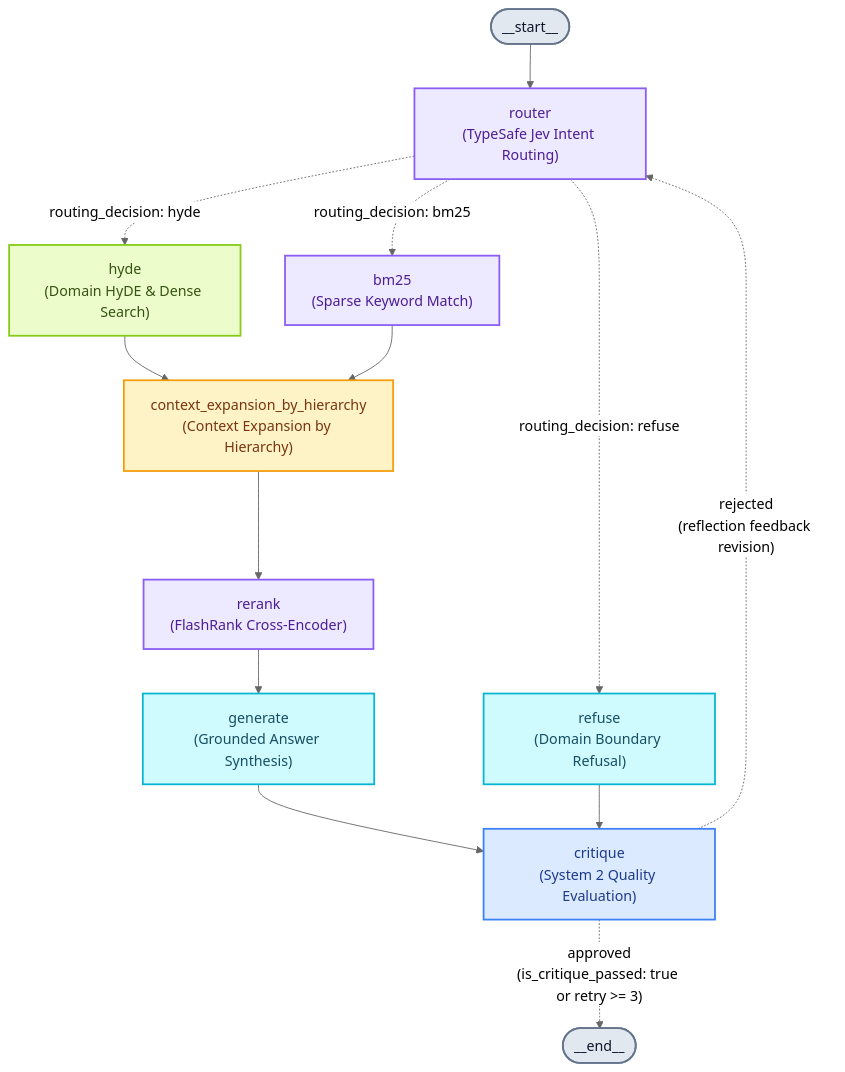
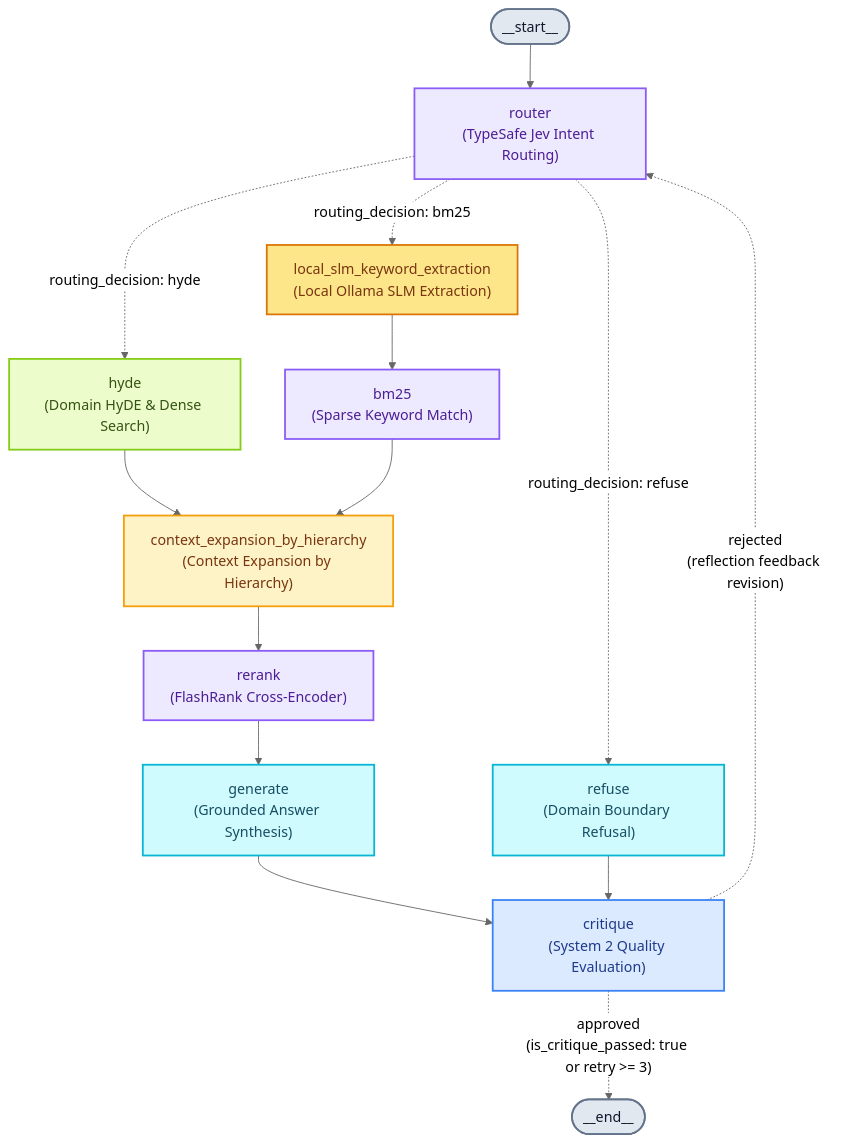
Before and after one commit to boycececil666gmailcom/documentation-chatbot: the second of 2 diagrams in README.md, drawn with Mermaid. The commit also changed other lines of this file and 3 other files, not shown here.

Commit message:
feat: implement agent flow with routing, retrieval nodes, and graph workflow

````diff
--- a/README.md
+++ b/README.md
@@ -71,43 +71,46 @@
 ```mermaid
 ---
 config:
   theme: neutral
 ---
 flowchart TB
     Start(["__start__"]) --> Router["router<br/>(TypeSafe Jev Intent Routing)"]
 
     Router -.->|"routing_decision: hyde"| Hyde["hyde<br/>(Domain HyDE & Dense Search)"]
-    Router -.->|"routing_decision: bm25"| BM25["bm25<br/>(Sparse Keyword Match)"]
+    Router -.->|"routing_decision: bm25"| LocalSLM["local_slm_keyword_extraction<br/>(Local Ollama SLM Extraction)"]
     Router -.->|"routing_decision: refuse"| Refuse["refuse<br/>(Domain Boundary Refusal)"]
 
+    LocalSLM --> BM25["bm25<br/>(Sparse Keyword Match)"]
     Hyde --> ContextExpansion["context_expansion_by_hierarchy<br/>(Context Expansion by Hierarchy)"]
     BM25 --> ContextExpansion
 
     ContextExpansion --> Rerank["rerank<br/>(FlashRank Cross-Encoder)"]
     Rerank --> Generate["generate<br/>(Grounded Answer Synthesis)"]
     Generate --> Critique["critique<br/>(System 2 Quality Evaluation)"]
     Refuse --> Critique
 
     Critique -.->|"approved<br/>(is_critique_passed: true or retry >= 3)"| End(["__end__"])
     Critique -.->|"rejected<br/>(reflection feedback revision)"| Router
 
     classDef startEnd fill:#E2E8F0,stroke:#64748B,stroke-width:2px,color:#0F172A;
     classDef routerNode fill:#EDE9FE,stroke:#8B5CF6,stroke-width:2px,color:#4C1D95;
+    classDef slmNode fill:#FDE68A,stroke:#D97706,stroke-width:2px,color:#78350F;
     classDef hydeNode fill:#ECFCCB,stroke:#84CC16,stroke-width:2px,color:#365314;
     classDef bm25Node fill:#EDE9FE,stroke:#8B5CF6,stroke-width:2px,color:#4C1D95;
     classDef refuseNode fill:#CFFAFE,stroke:#06B6D4,stroke-width:2px,color:#164E63;
     classDef contextExpansionNode fill:#FEF3C7,stroke:#F59E0B,stroke-width:2px,color:#78350F;
     classDef rerankNode fill:#EDE9FE,stroke:#8B5CF6,stroke-width:2px,color:#4C1D95;
     classDef generateNode fill:#CFFAFE,stroke:#06B6D4,stroke-width:2px,color:#164E63;
     classDef critiqueNode fill:#DBEAFE,stroke:#3B82F6,stroke-width:2px,color:#1E3A8A;
 
     class Start,End startEnd;
     class Router routerNode;
+    class LocalSLM slmNode;
     class Hyde hydeNode;
     class BM25 bm25Node;
     class Refuse refuseNode;
     class ContextExpansion contextExpansionNode;
     class Rerank rerankNode;
     class Generate generateNode;
     class Critique critiqueNode;
 ```
````
